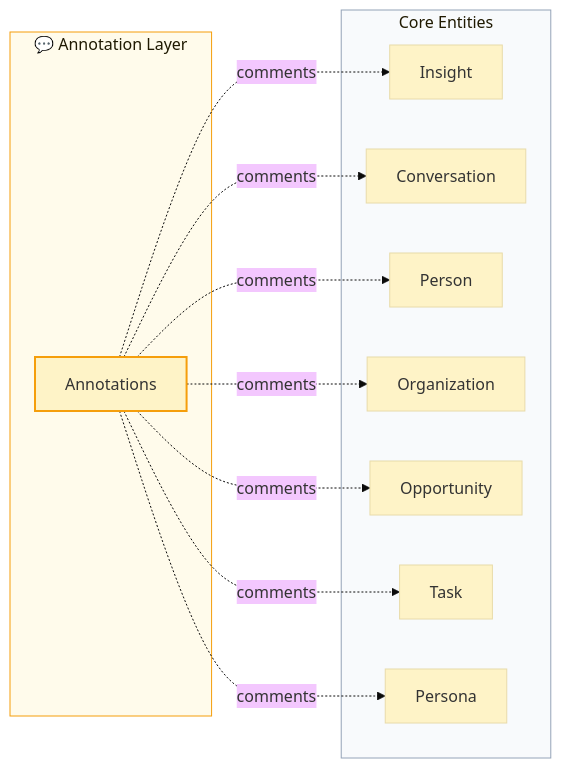
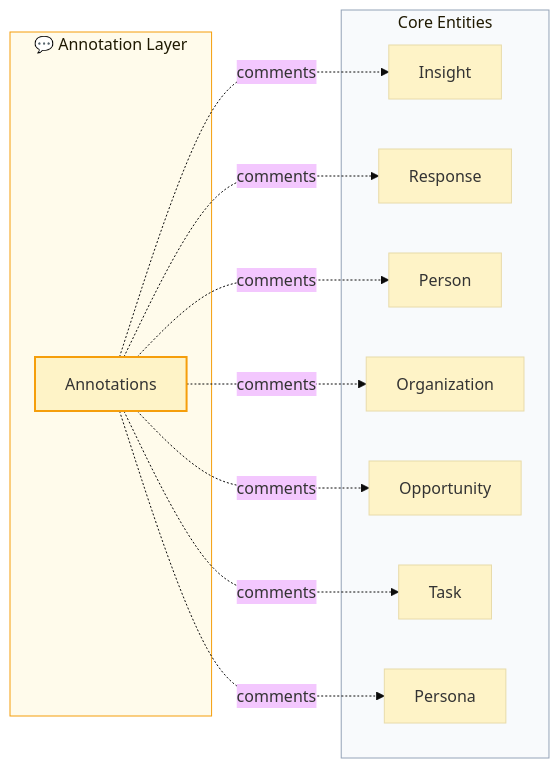
The fourth of 4 diagrams in docs/customer-centric-crm-value-prop.md (epic-hq/Insights), drawn with Mermaid before and after one commit. The commit also changed other lines of this file and 11 other files, not shown here.

First line of the commit message:
Recover stashed changes: slug generation, route cleanup, schema updates

````diff
--- a/docs/customer-centric-crm-value-prop.md
+++ b/docs/customer-centric-crm-value-prop.md
@@ -527,29 +677,29 @@
 ```mermaid
 %%{init: {'theme': 'base', 'themeVariables': { 'primaryColor': '#fef3c7' }}}%%
 graph LR
   subgraph Annotations["💬 Annotation Layer"]
     ann[Annotations]
   end
 
   subgraph Entities["Core Entities"]
     insight[Insight]
-    conv[Conversation]
+    response[Response]
     person[Person]
     org[Organization]
     opp[Opportunity]
     task[Task]
     persona[Persona]
   end
 
   ann -.->|comments| insight
-  ann -.->|comments| conv
+  ann -.->|comments| response
   ann -.->|comments| person
   ann -.->|comments| org
   ann -.->|comments| opp
   ann -.->|comments| task
   ann -.->|comments| persona
 
   style ann fill:#fef3c7,stroke:#f59e0b,stroke-width:2px
   style Annotations fill:#fffbeb,stroke:#f59e0b
   style Entities fill:#f8fafc,stroke:#94a3b8
 ```
````
